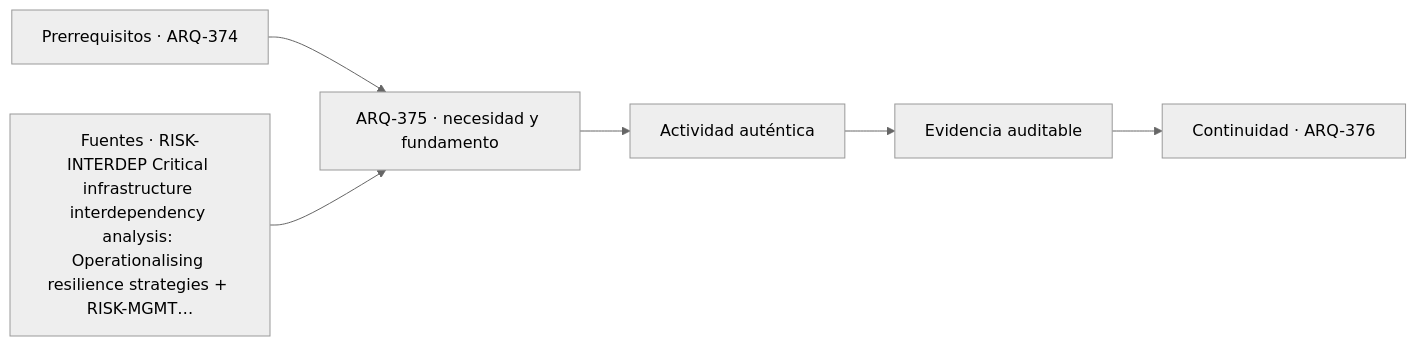
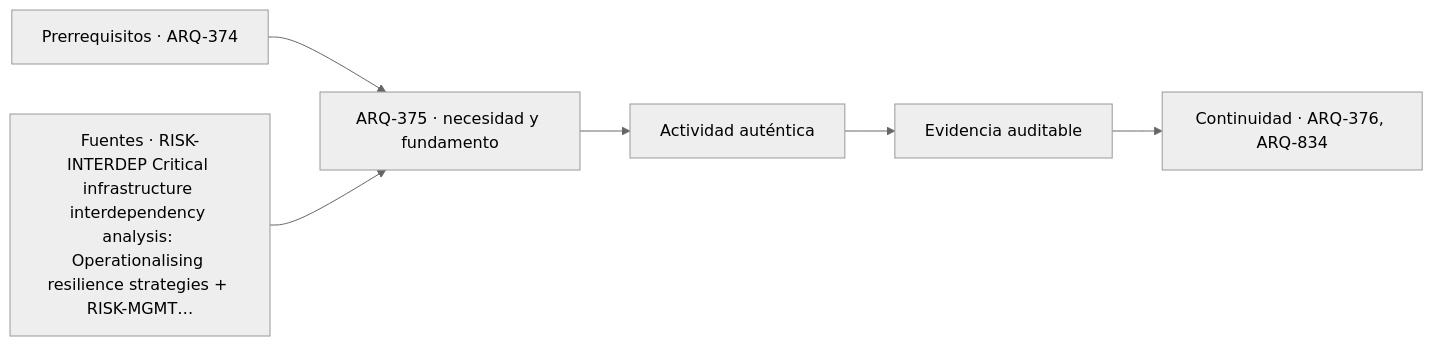
One commit to vladimiracunadev-create/architecture-built-environment-learning-program changed the diagram in classes/parte-38/ARQ-375.md. Above: the diagram before and after it, drawn with Mermaid (neutral theme). The commit also changed other lines of this file and 182 other files, not shown here.

````diff
--- a/classes/parte-38/ARQ-375.md
+++ b/classes/parte-38/ARQ-375.md
@@ -113,8 +113,8 @@
 ```mermaid
 flowchart LR
     A["Prerrequisitos · ARQ-374"] --> B["ARQ-375 · necesidad y fundamento"]
     S["Fuentes · RISK-INTERDEP Critical infrastructure interdependency analysis: Operationalising resilience strategies + RISK-MGMT…"] --> B
     B --> C["Actividad auténtica"]
     C --> D["Evidencia auditable"]
-    D --> E["Continuidad · ARQ-376"]
+    D --> E["Continuidad · ARQ-376, ARQ-834"]
 ```
````
